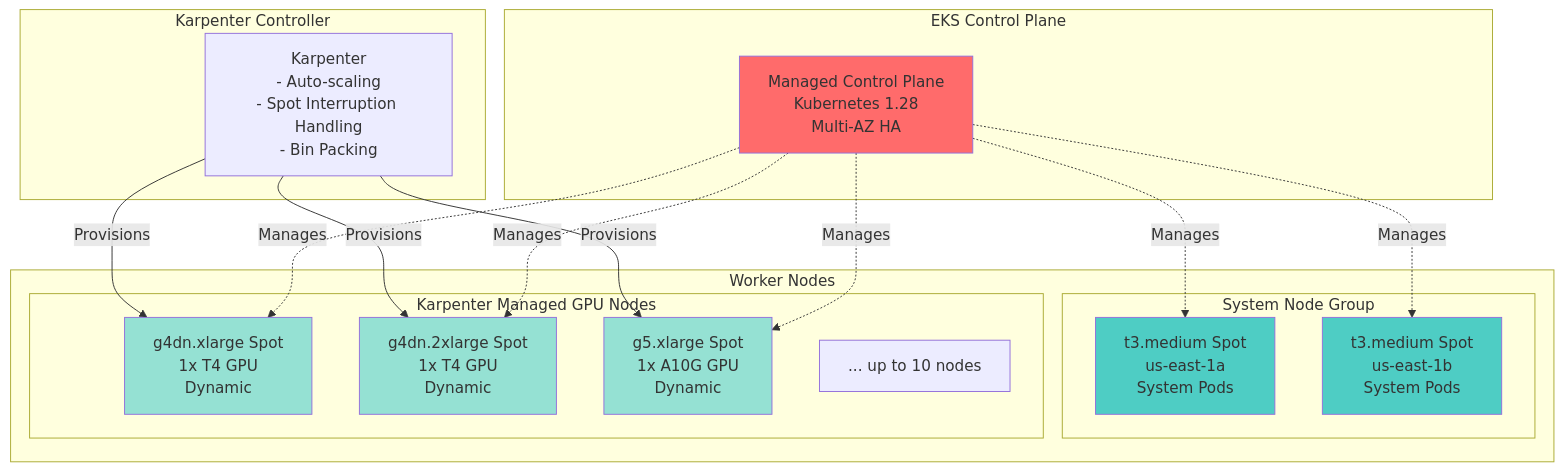
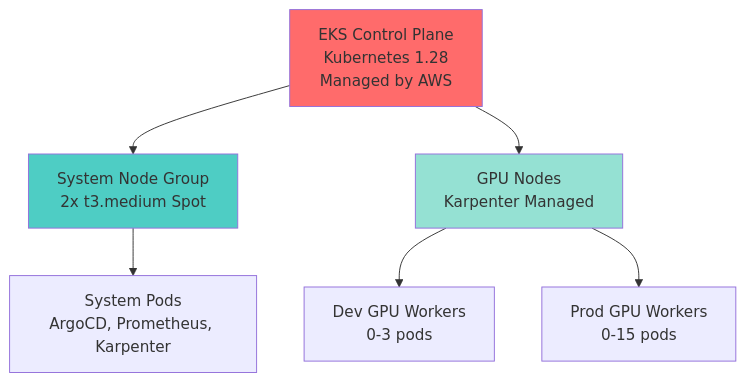
Before and after one commit to Pinksea-AI/InvokeAI: the fourth of 15 diagrams in docs/final-architecture/01-aws-architecture-diagram.md, drawn with Mermaid. The commit also changed other lines of this file, not shown here.

First line of the commit message:
fix: Simplify Mermaid diagrams in AWS architecture document

````diff
--- a/docs/final-architecture/01-aws-architecture-diagram.md
+++ b/docs/final-architecture/01-aws-architecture-diagram.md
@@ -282,42 +186,16 @@
 ```mermaid
 graph TB
-    subgraph "EKS Control Plane"
-        CP[Managed Control Plane<br/>Kubernetes 1.28<br/>Multi-AZ HA]
-    end
+    CP[EKS Control Plane<br/>Kubernetes 1.28<br/>Managed by AWS]
 
-    subgraph "Worker Nodes"
-        subgraph "System Node Group"
-            SN1[t3.medium Spot<br/>us-east-1a<br/>System Pods]
-            SN2[t3.medium Spot<br/>us-east-1b<br/>System Pods]
-        end
+    CP --> SystemNodes[System Node Group<br/>2x t3.medium Spot]
+    CP --> GPUNodes[GPU Nodes<br/>Karpenter Managed]
 
-        subgraph "Karpenter Managed GPU Nodes"
-            GPU1[g4dn.xlarge Spot<br/>1x T4 GPU<br/>Dynamic]
-            GPU2[g4dn.2xlarge Spot<br/>1x T4 GPU<br/>Dynamic]
-            GPU3[g5.xlarge Spot<br/>1x A10G GPU<br/>Dynamic]
+    SystemNodes --> SystemPods[System Pods<br/>ArgoCD, Prometheus, Karpenter]
 
-            GPUDots[... up to 10 nodes]
-        end
-    end
-
-    CP -.->|Manages| SN1
-    CP -.->|Manages| SN2
-    CP -.->|Manages| GPU1
-    CP -.->|Manages| GPU2
-    CP -.->|Manages| GPU3
-
-    subgraph "Karpenter Controller"
-        Karp[Karpenter<br/>- Auto-scaling<br/>- Spot Interruption Handling<br/>- Bin Packing]
-    end
-
-    Karp -->|Provisions| GPU1
-    Karp -->|Provisions| GPU2
-    Karp -->|Provisions| GPU3
+    GPUNodes --> DevWorkers[Dev GPU Workers<br/>0-3 pods]
+    GPUNodes --> ProdWorkers[Prod GPU Workers<br/>0-15 pods]
 
     style CP fill:#FF6B6B
-    style SN1 fill:#4ECDC4
-    style SN2 fill:#4ECDC4
-    style GPU1 fill:#95E1D3
-    style GPU2 fill:#95E1D3
-    style GPU3 fill:#95E1D3
+    style SystemNodes fill:#4ECDC4
+    style GPUNodes fill:#95E1D3
 ```
````
